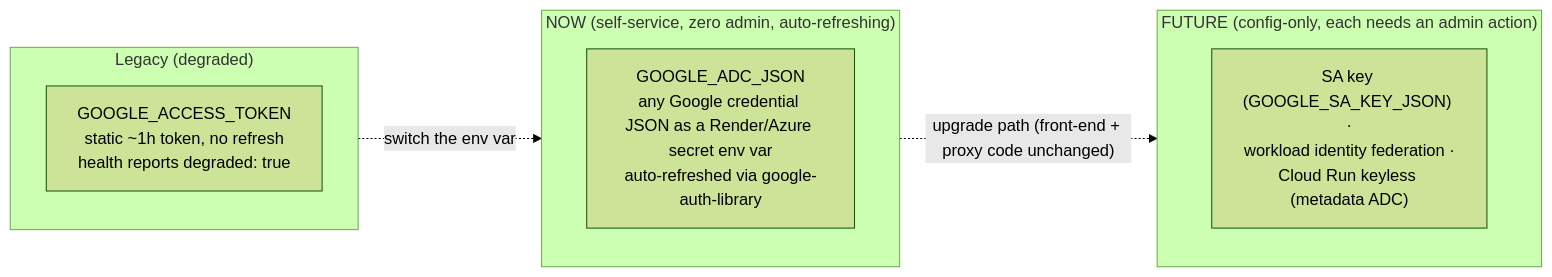
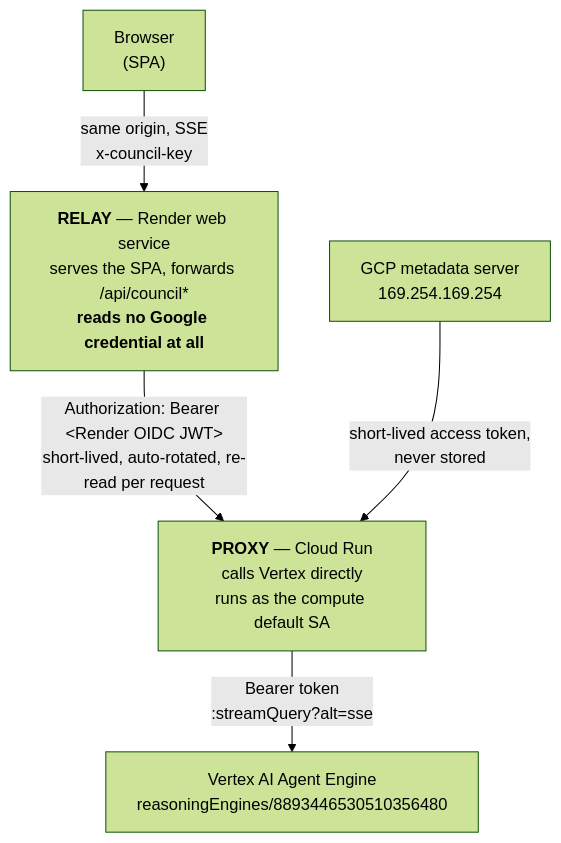
Before and after one commit to simonraj79/council-frontend-render-test: the third of 3 diagrams in ARCHITECTURE.md, drawn with Mermaid (forest theme). The commit also changed other lines of this file and 13 other files, not shown here.

First line of the commit message:
Keyless auth: Cloud Run proxy + Render relay, and fix synthesis routing

````diff
--- a/ARCHITECTURE.md
+++ b/ARCHITECTURE.md
@@ -109,14 +138,12 @@
 ```mermaid
-flowchart LR
-    subgraph now["NOW (self-service, zero admin, auto-refreshing)"]
-        T1["GOOGLE_ADC_JSON<br/>any Google credential JSON as a Render/Azure secret env var<br/>auto-refreshed via google-auth-library"]
-    end
-    subgraph legacy["Legacy (degraded)"]
-        T0["GOOGLE_ACCESS_TOKEN<br/>static ~1h token, no refresh<br/>health reports degraded: true"]
-    end
-    subgraph future["FUTURE (config-only, each needs an admin action)"]
-        T2["SA key (GOOGLE_SA_KEY_JSON) ·<br/>workload identity federation ·<br/>Cloud Run keyless (metadata ADC)"]
-    end
-    legacy -.->|"switch the env var"| now
-    now -.->|"upgrade path (front-end + proxy code unchanged)"| future
+flowchart TB
+    B["Browser<br/>(SPA)"]
+    R["<b>RELAY</b> — Render web service<br/>serves the SPA, forwards /api/council*<br/><b>reads no Google credential at all</b>"]
+    P["<b>PROXY</b> — Cloud Run<br/>calls Vertex directly<br/>runs as the compute default SA"]
+    M["GCP metadata server<br/>169.254.169.254"]
+    A["Vertex AI Agent Engine<br/>reasoningEngines/8893446530510356480"]
+    B -->|"same origin, SSE<br/>x-council-key"| R
+    R -->|"Authorization: Bearer &lt;Render OIDC JWT&gt;<br/>short-lived, auto-rotated, re-read per request"| P
+    M -->|"short-lived access token,<br/>never stored"| P
+    P -->|"Bearer token<br/>:streamQuery?alt=sse"| A
 ```
````
